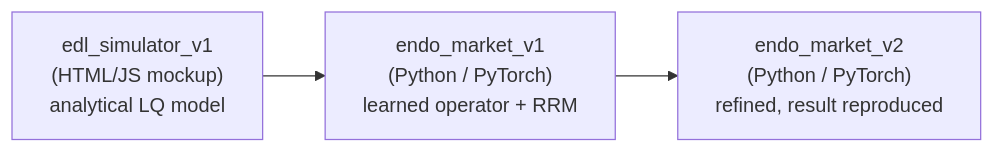
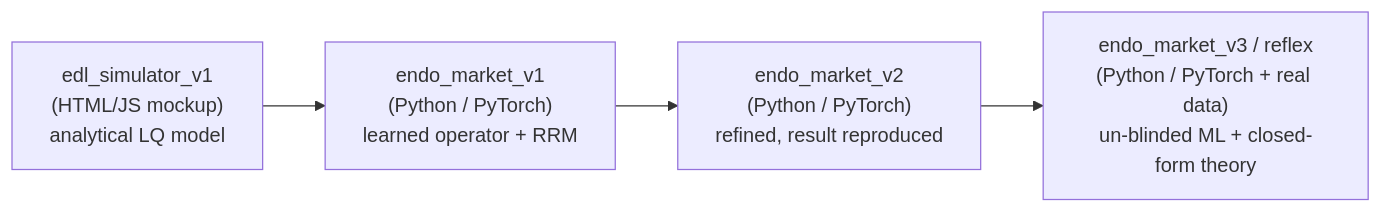
Before and after one commit to vignesh-nagarajan-vn/REFLEX: the diagram in README.md, drawn with Mermaid. The commit also changed other lines of this file and 5 other files, not shown here.

First line of the commit message:
Docs P5: endo_market_v3 (reflex) is the current generation everywhere

````diff
--- a/README.md
+++ b/README.md
@@ -78,6 +79,7 @@
 ```mermaid
 flowchart LR
     A["edl_simulator_v1<br/>(HTML/JS mockup)<br/>analytical LQ model"]
       --> B["endo_market_v1<br/>(Python / PyTorch)<br/>learned operator + RRM"]
       --> C["endo_market_v2<br/>(Python / PyTorch)<br/>refined, result reproduced"]
+      --> D["endo_market_v3 / reflex<br/>(Python / PyTorch + real data)<br/>un-blinded ML + closed-form theory"]
 ```
````
